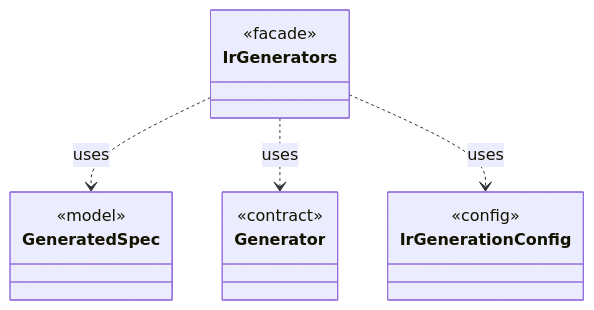
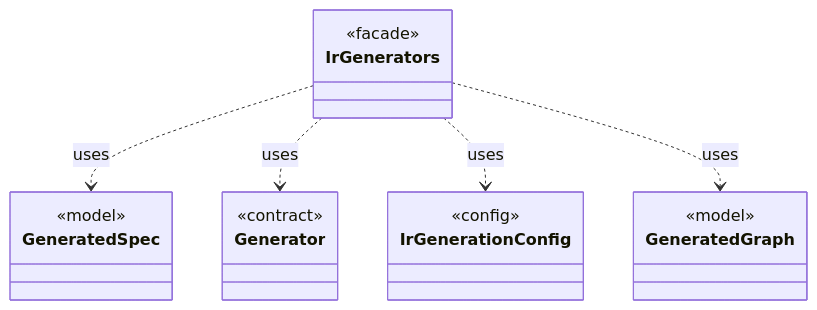
Before and after one commit to tlaplus/model-checker-hardening: the diagram in dev/types/io.github.tlaplus.hardening.gen.IrGenerators.md, drawn with Mermaid. The commit also changed other lines of this file and 401 other files, not shown here.

````diff
--- a/dev/types/io.github.tlaplus.hardening.gen.IrGenerators.md
+++ b/dev/types/io.github.tlaplus.hardening.gen.IrGenerators.md
@@ -7,18 +7,22 @@
 ```mermaid
 classDiagram
   class IrGenerators {
     <<facade>>
   }
   class GeneratedSpec {
     <<model>>
   }
   class Generator {
     <<contract>>
   }
   class IrGenerationConfig {
     <<config>>
   }
+  class GeneratedGraph {
+    <<model>>
+  }
   IrGenerators ..> GeneratedSpec : uses
   IrGenerators ..> Generator : uses
   IrGenerators ..> IrGenerationConfig : uses
+  IrGenerators ..> GeneratedGraph : uses
 ```
````
